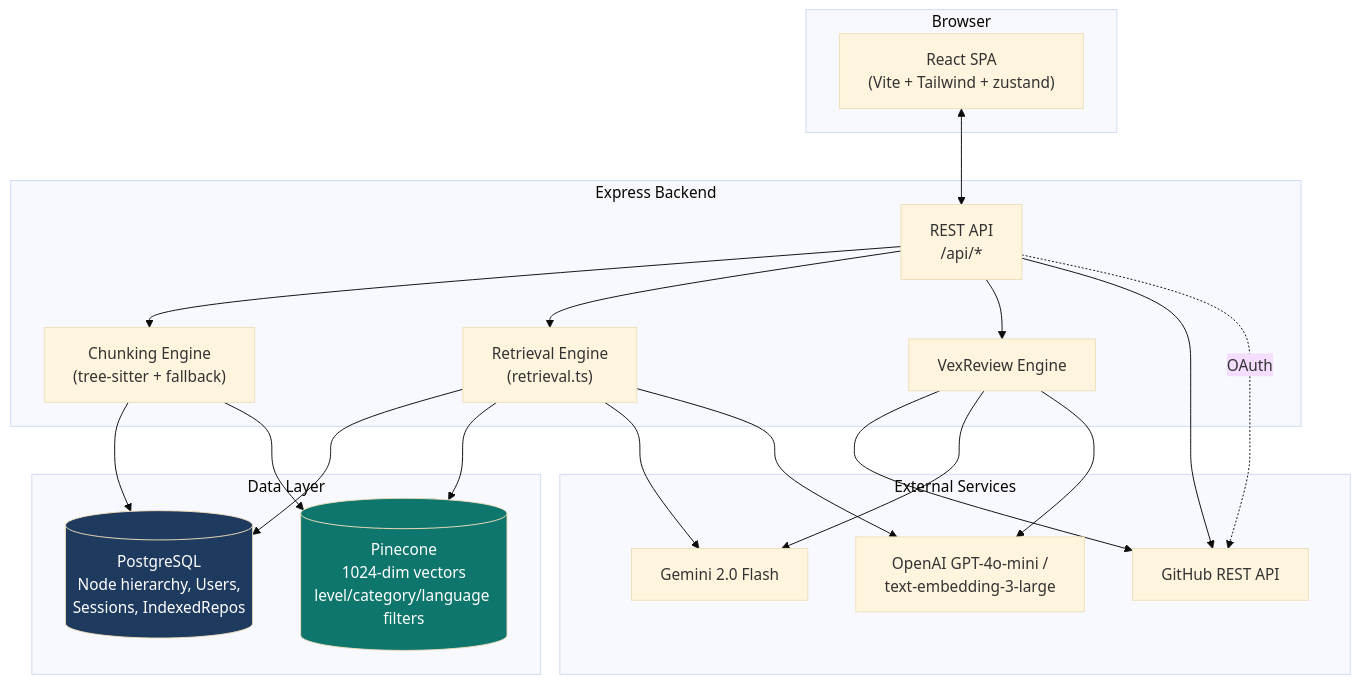
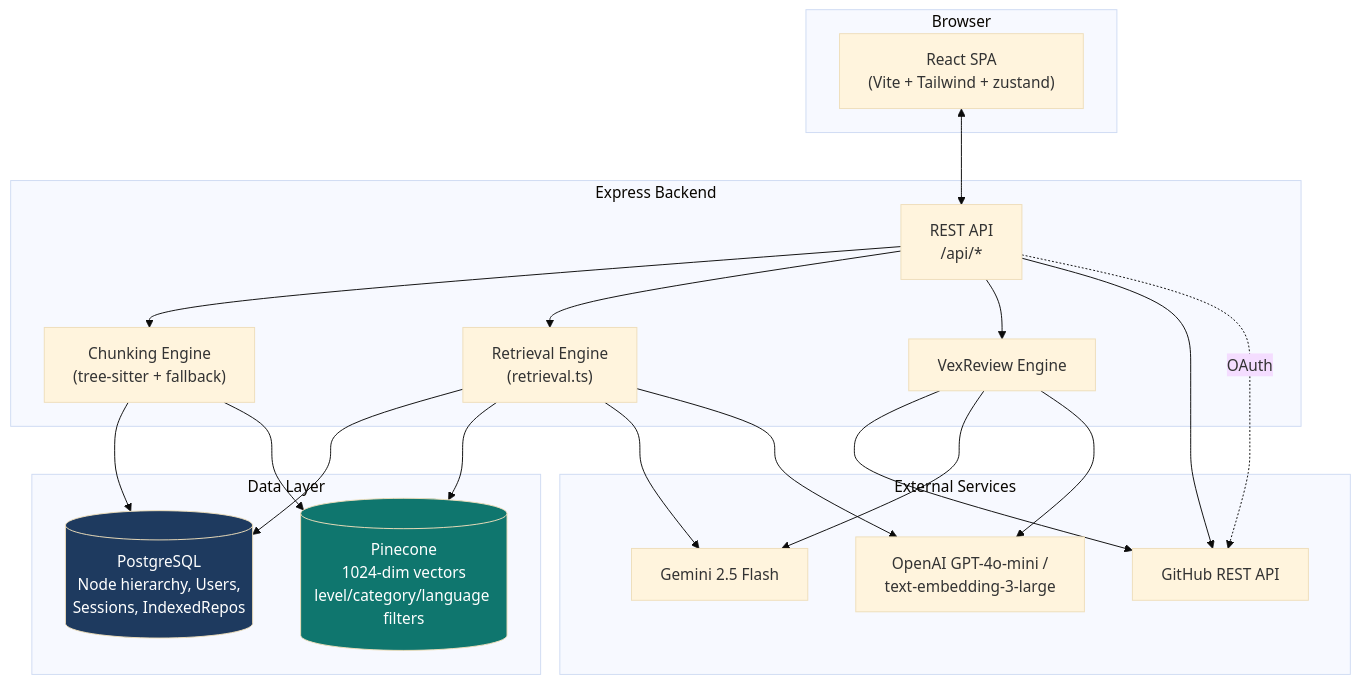
The first of 5 diagrams in README.md (arpan7sarkar/GitPlus), drawn with Mermaid (base theme) before and after one commit. The commit also changed other lines of this file and 6 other files, not shown here.

````diff
--- a/README.md
+++ b/README.md
@@ -55,43 +58,43 @@
 ```mermaid
 graph TB
     subgraph Client["Browser"]
         FE["React SPA<br/>(Vite + Tailwind + zustand)"]
     end
 
     subgraph Server["Express Backend"]
         API["REST API<br/>/api/*"]
         RET["Retrieval Engine<br/>(retrieval.ts)"]
         CHUNK["Chunking Engine<br/>(tree-sitter + fallback)"]
         VEX["VexReview Engine"]
     end
 
     subgraph Data["Data Layer"]
         PG[("PostgreSQL<br/>Node hierarchy, Users,<br/>Sessions, IndexedRepos")]
         PINECONE[("Pinecone<br/>1024-dim vectors<br/>level/category/language filters")]
     end
 
     subgraph External["External Services"]
         GH["GitHub REST API"]
-        GEMINI["Gemini 2.0 Flash"]
+        GEMINI["Gemini 2.5 Flash"]
         OPENAI["OpenAI GPT-4o-mini /<br/>text-embedding-3-large"]
     end
 
     FE <--> API
     API --> CHUNK
     API --> RET
     API --> VEX
     CHUNK --> PG
     CHUNK --> PINECONE
     RET --> PG
     RET --> PINECONE
     RET --> GEMINI
     RET --> OPENAI
     VEX --> GH
     VEX --> GEMINI
     VEX --> OPENAI
     API --> GH
     API -.OAuth.-> GH
 
     style PINECONE fill:#0f766e,color:#fff
     style PG fill:#1e3a5f,color:#fff
 ```
````
